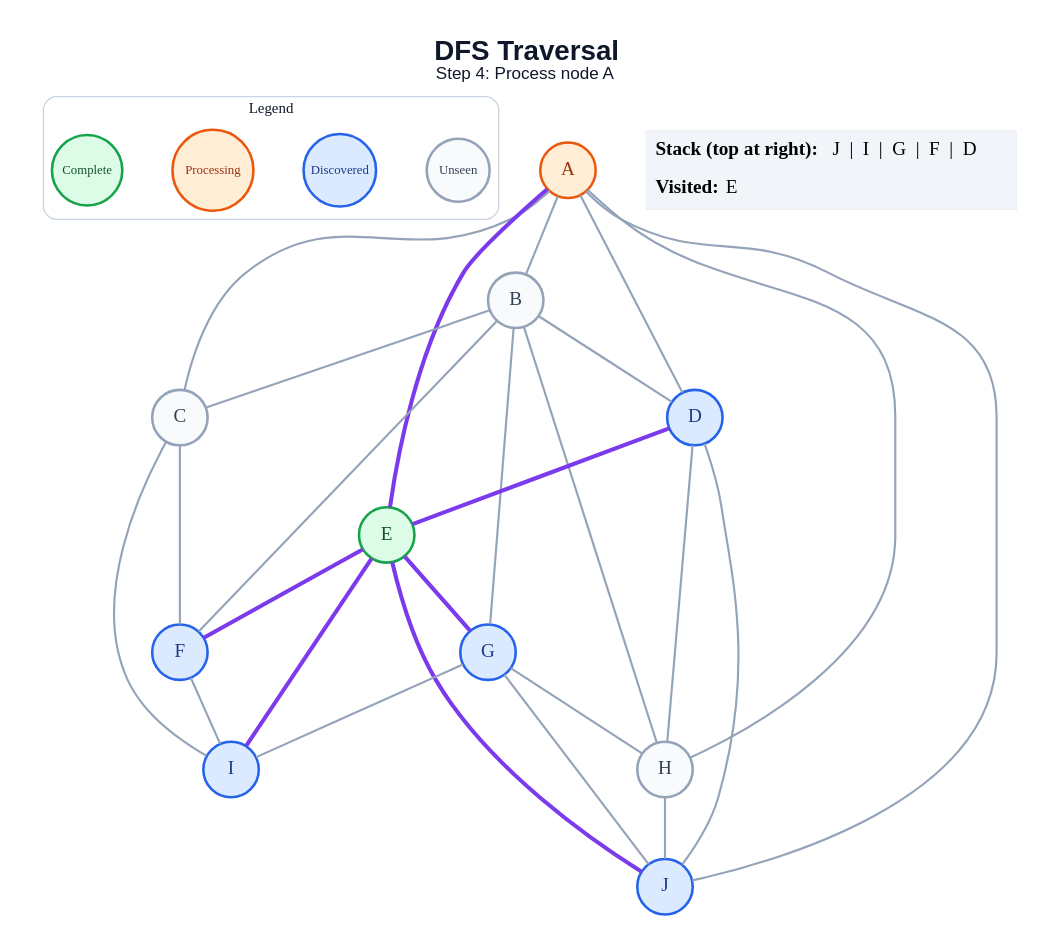
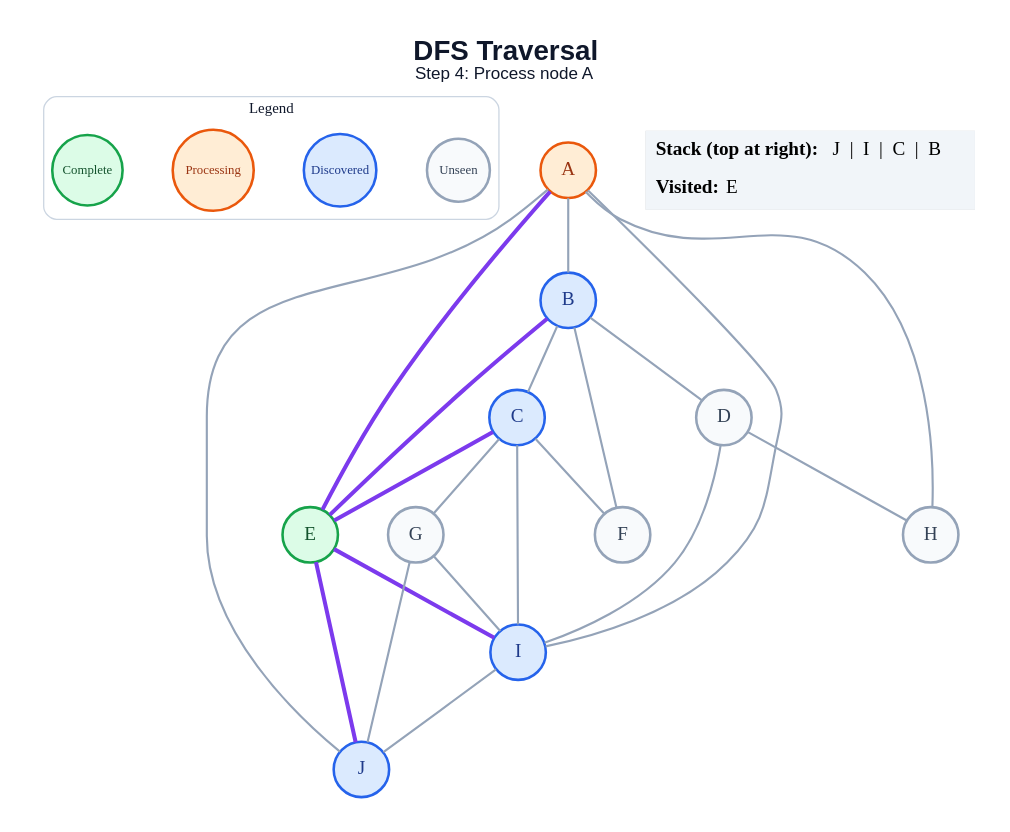
The diagram in generated/specific-node/dfs/step_04.dot (anon7238593-create/ai-slop), drawn with Graphviz before and after one commit. The commit also changed 178 other files, not shown here.

```diff
--- a/generated/specific-node/dfs/step_04.dot
+++ b/generated/specific-node/dfs/step_04.dot
@@ -1,54 +1,49 @@
 graph traversal {
   graph [layout=dot, rankdir=TB, bgcolor="#FFFFFF", pad="0.35", nodesep="0.65", ranksep="0.8", fontname="Arial"];
   node [shape=circle, style="filled", fontname="Arial Bold", fontsize=18, width=0.72, fixedsize=true, penwidth=2.4];
   edge [color="#94A3B8", penwidth=2.0];
   label=<<B>DFS Traversal</B><BR/><FONT POINT-SIZE="16">Step 4: Process node A</FONT>>; labelloc="t"; fontsize=26; fontname="Arial"; fontcolor="#0F172A";
   subgraph cluster_legend { label="Legend"; color="#CBD5E1"; penwidth=1.2; style="rounded"; fontsize=14; fontname="Arial Bold";
     key_unseen [label="Unseen", fillcolor="#F8FAFC", color="#94A3B8", fontcolor="#334155", fontsize=12, width=0.82];
     key_frontier [label="Discovered", fillcolor="#DBEAFE", color="#2563EB", fontcolor="#1E3A8A", fontsize=12, width=0.95];
     key_current [label="Processing", fillcolor="#FFEDD5", color="#EA580C", fontcolor="#9A3412", fontsize=12, width=1.05];
     key_done [label="Complete", fillcolor="#DCFCE7", color="#16A34A", fontcolor="#14532D", fontsize=12, width=0.92];
     { rank=same; key_unseen; key_frontier; key_current; key_done; }
   }
   A [fillcolor="#FFEDD5", color="#EA580C", fontcolor="#9A3412"];
-  B [fillcolor="#F8FAFC", color="#94A3B8", fontcolor="#334155"];
-  C [fillcolor="#F8FAFC", color="#94A3B8", fontcolor="#334155"];
-  D [fillcolor="#DBEAFE", color="#2563EB", fontcolor="#1E3A8A"];
+  B [fillcolor="#DBEAFE", color="#2563EB", fontcolor="#1E3A8A"];
+  C [fillcolor="#DBEAFE", color="#2563EB", fontcolor="#1E3A8A"];
+  D [fillcolor="#F8FAFC", color="#94A3B8", fontcolor="#334155"];
   E [fillcolor="#DCFCE7", color="#16A34A", fontcolor="#14532D"];
-  F [fillcolor="#DBEAFE", color="#2563EB", fontcolor="#1E3A8A"];
-  G [fillcolor="#DBEAFE", color="#2563EB", fontcolor="#1E3A8A"];
+  F [fillcolor="#F8FAFC", color="#94A3B8", fontcolor="#334155"];
+  G [fillcolor="#F8FAFC", color="#94A3B8", fontcolor="#334155"];
   H [fillcolor="#F8FAFC", color="#94A3B8", fontcolor="#334155"];
   I [fillcolor="#DBEAFE", color="#2563EB", fontcolor="#1E3A8A"];
   J [fillcolor="#DBEAFE", color="#2563EB", fontcolor="#1E3A8A"];
   A -- B;
-  A -- C;
-  A -- D;
   A -- E [color="#7C3AED", penwidth=3.8];
   A -- H;
+  A -- I;
   A -- J;
   B -- C;
   B -- D;
+  B -- E [color="#7C3AED", penwidth=3.8];
   B -- F;
-  B -- G;
-  B -- H;
+  C -- E [color="#7C3AED", penwidth=3.8];
   C -- F;
+  C -- G;
   C -- I;
-  D -- E [color="#7C3AED", penwidth=3.8];
   D -- H;
-  D -- J;
-  E -- F [color="#7C3AED", penwidth=3.8];
-  E -- G [color="#7C3AED", penwidth=3.8];
+  D -- I;
   E -- I [color="#7C3AED", penwidth=3.8];
   E -- J [color="#7C3AED", penwidth=3.8];
-  F -- I;
-  G -- H;
   G -- I;
   G -- J;
-  H -- J;
+  I -- J;
   status [shape=plain, fixedsize=false, width=0, height=0, margin=0, label=<
     <TABLE BORDER="0" CELLBORDER="0" CELLPADDING="7" BGCOLOR="#F1F5F9">
-      <TR><TD ALIGN="LEFT"><B>Stack (top at right):</B> J  |  I  |  G  |  F  |  D</TD></TR>
+      <TR><TD ALIGN="LEFT"><B>Stack (top at right):</B> J  |  I  |  C  |  B</TD></TR>
       <TR><TD ALIGN="LEFT"><B>Visited:</B> E</TD></TR>
     </TABLE>
   >];
 }
```
